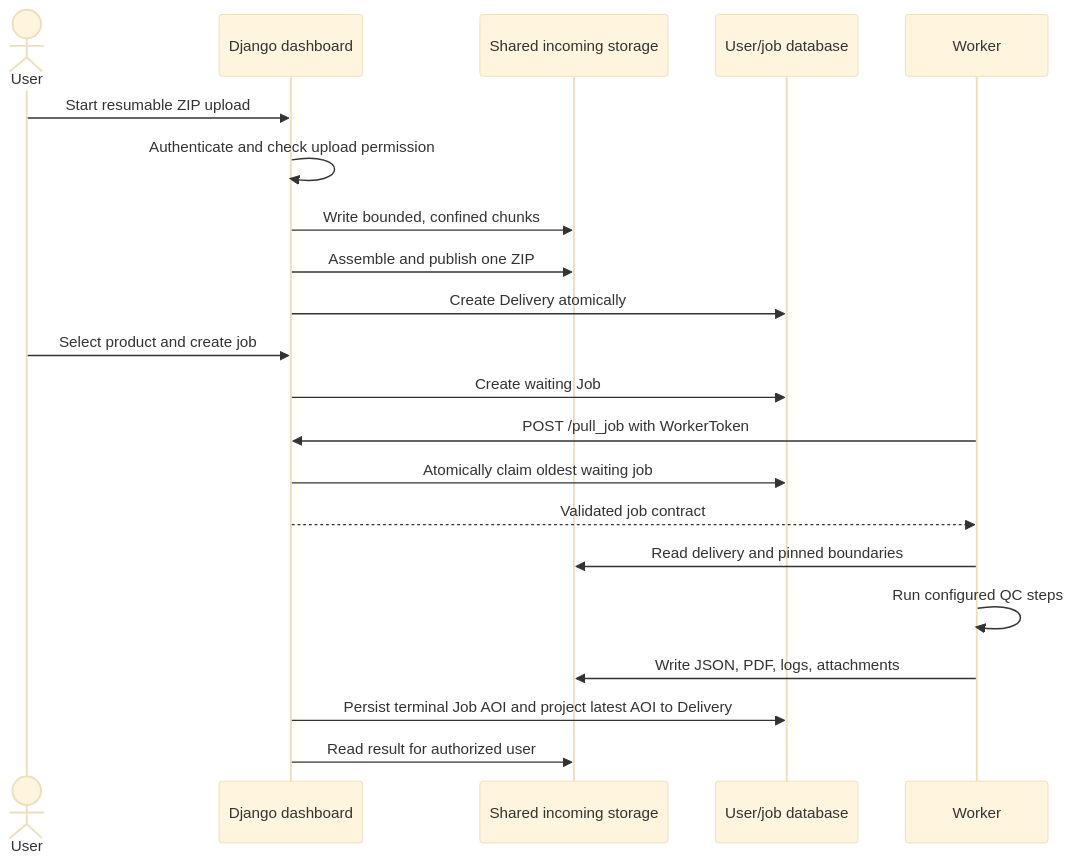
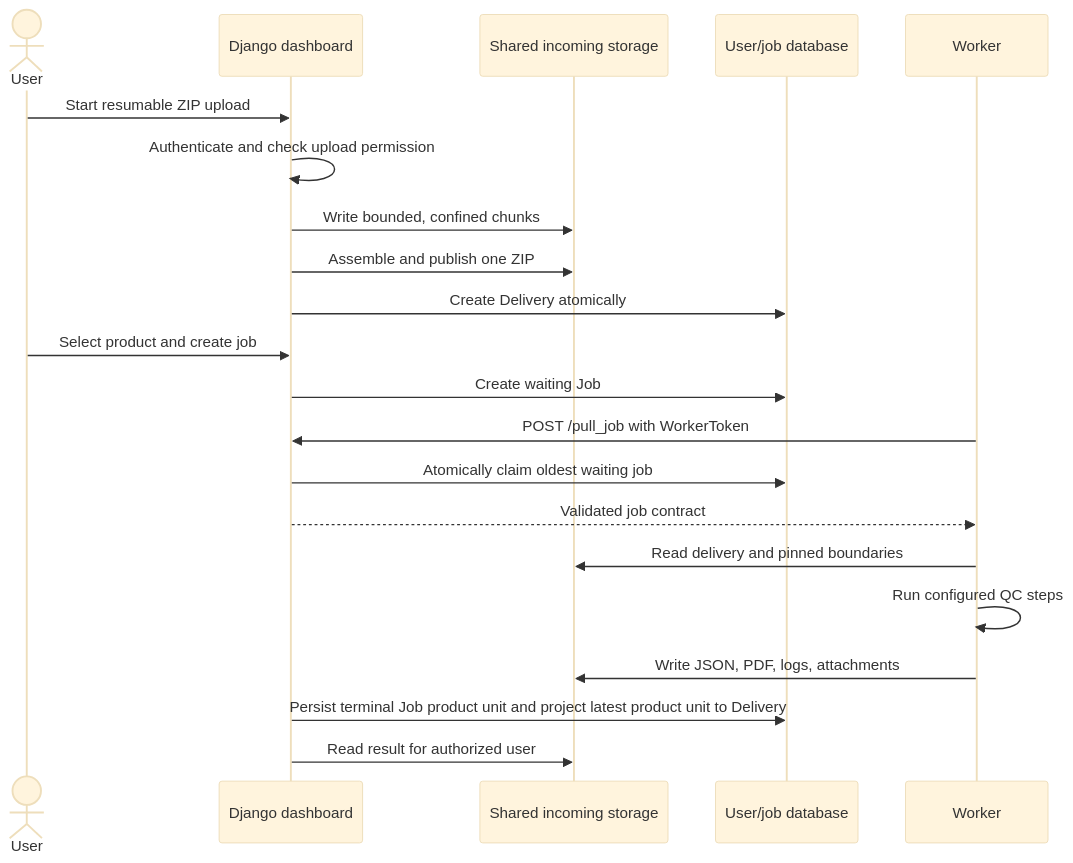
Before and after one commit to eea/copernicus_quality_tools: the diagram in docs/architecture/data-and-job-flow.md, drawn with Mermaid (base theme). The commit also changed other lines of this file and 188 other files, not shown here.

Commit message:
audit database schema and approve logical naming

````diff
--- a/docs/architecture/data-and-job-flow.md
+++ b/docs/architecture/data-and-job-flow.md
@@ -28,24 +28,24 @@
 ```mermaid
 sequenceDiagram
     actor User
     participant UI as Django dashboard
     participant Store as Shared incoming storage
     participant DB as User/job database
     participant Worker
 
     User->>UI: Start resumable ZIP upload
     UI->>UI: Authenticate and check upload permission
     UI->>Store: Write bounded, confined chunks
     UI->>Store: Assemble and publish one ZIP
     UI->>DB: Create Delivery atomically
     User->>UI: Select product and create job
     UI->>DB: Create waiting Job
     Worker->>UI: POST /pull_job with WorkerToken
     UI->>DB: Atomically claim oldest waiting job
     UI-->>Worker: Validated job contract
     Worker->>Store: Read delivery and pinned boundaries
     Worker->>Worker: Run configured QC steps
     Worker->>Store: Write JSON, PDF, logs, attachments
-    UI->>DB: Persist terminal Job AOI and project latest AOI to Delivery
+    UI->>DB: Persist terminal Job product unit and project latest product unit to Delivery
     UI->>Store: Read result for authorized user
 ```
````
